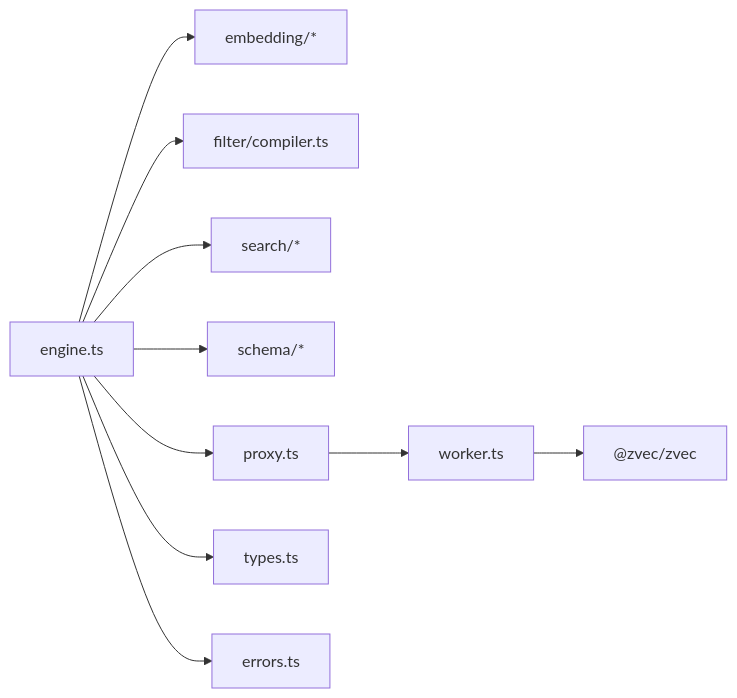
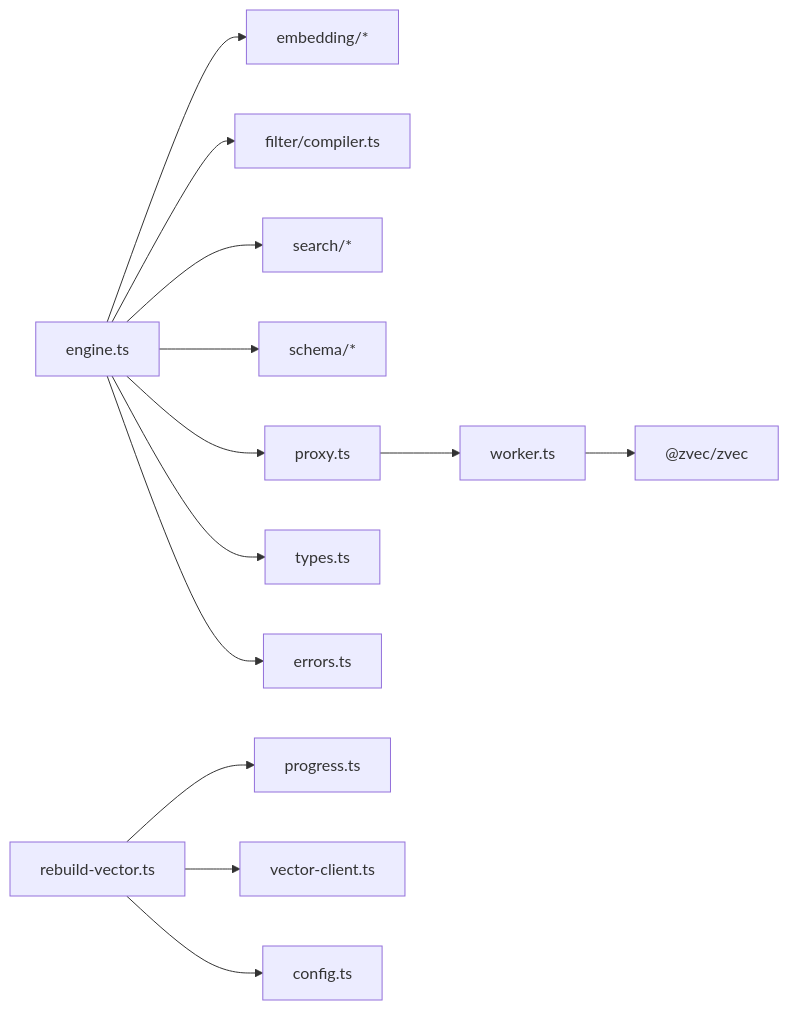
Before and after one commit to HACK-WU/kisearch: the ninth of 9 diagrams in .qoder/repowiki/zh/content/向量引擎架构/向量引擎架构.md, drawn with Mermaid. The commit also changed other lines of this file and 129 other files, not shown here.

````diff
--- a/.qoder/repowiki/zh/content/向量引擎架构/向量引擎架构.md
+++ b/.qoder/repowiki/zh/content/向量引擎架构/向量引擎架构.md
@@ -328,12 +403,15 @@
 ```mermaid
 graph LR
 Engine["engine.ts"] --> Emb["embedding/*"]
 Engine --> Fil["filter/compiler.ts"]
 Engine --> Ser["search/*"]
 Engine --> Sch["schema/*"]
 Engine --> Prox["proxy.ts"]
 Engine --> Types["types.ts"]
 Engine --> Err["errors.ts"]
 Prox --> Work["worker.ts"]
 Work --> Z["@zvec/zvec"]
+RB["rebuild-vector.ts"] --> Prog["progress.ts"]
+RB --> VC["vector-client.ts"]
+RB --> CFG["config.ts"]
 ```
````
